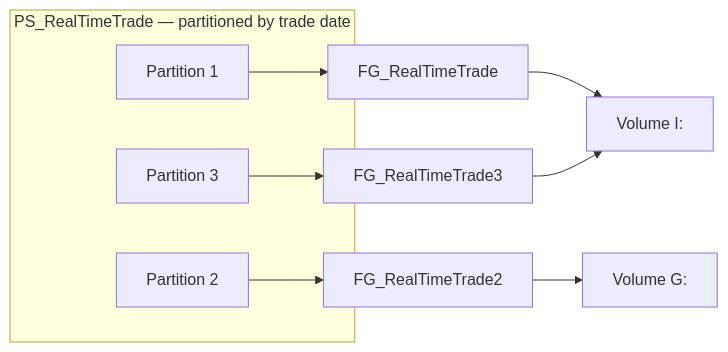
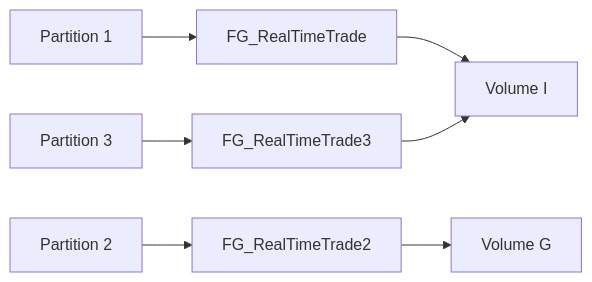
One commit to m-vaysman/MarketData.DB changed the diagram in README.md. Above: the diagram before and after it, drawn with Mermaid. The commit also changed other lines of this file, not shown here.

Commit message:
README: simplify the partition diagram so GitHub renders it
The diagram was failing on GitHub with "Cannot read properties of
undefined (reading 'render')". It used three constructs worth avoiding
in a README that has to render on someone else's machine: an em dash in
a subgraph label, the subgraph id["label"] form, and colons inside node
labels.

Replaced with plain chained edges and pure ASCII. Shorter, and it makes
the point more directly - partitions 1 and 3 both terminate at Volume I
while 2 goes to G, so the alternation is visible in the shape rather
than needing the subgraph to explain it. Added a sentence below stating
the same thing in prose, so the point survives even if the diagram does
not render.

````diff
--- a/README.md
+++ b/README.md
@@ -174,14 +174,6 @@
 ```mermaid
 flowchart LR
-  subgraph PS["PS_RealTimeTrade — partitioned by trade date"]
-    P1["Partition 1"]
-    P2["Partition 2"]
-    P3["Partition 3"]
-  end
-  P1 --> FG1["FG_RealTimeTrade"]
-  P2 --> FG2["FG_RealTimeTrade2"]
-  P3 --> FG3["FG_RealTimeTrade3"]
-  FG1 --> VI["Volume I:"]
-  FG3 --> VI
-  FG2 --> VG["Volume G:"]
+  P1["Partition 1"] --> FG1["FG_RealTimeTrade"] --> VI["Volume I"]
+  P2["Partition 2"] --> FG2["FG_RealTimeTrade2"] --> VG["Volume G"]
+  P3["Partition 3"] --> FG3["FG_RealTimeTrade3"] --> VI
 ```
````
